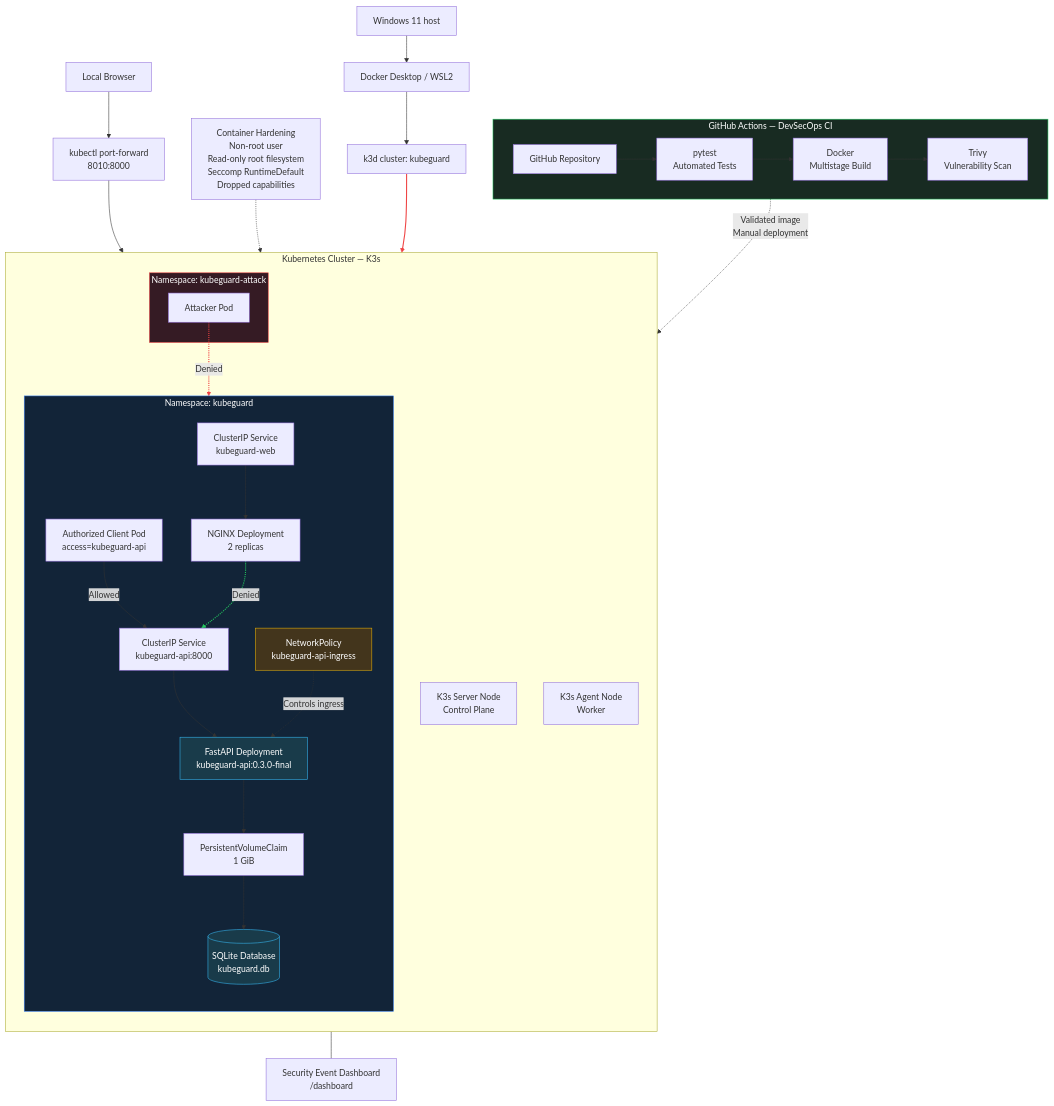
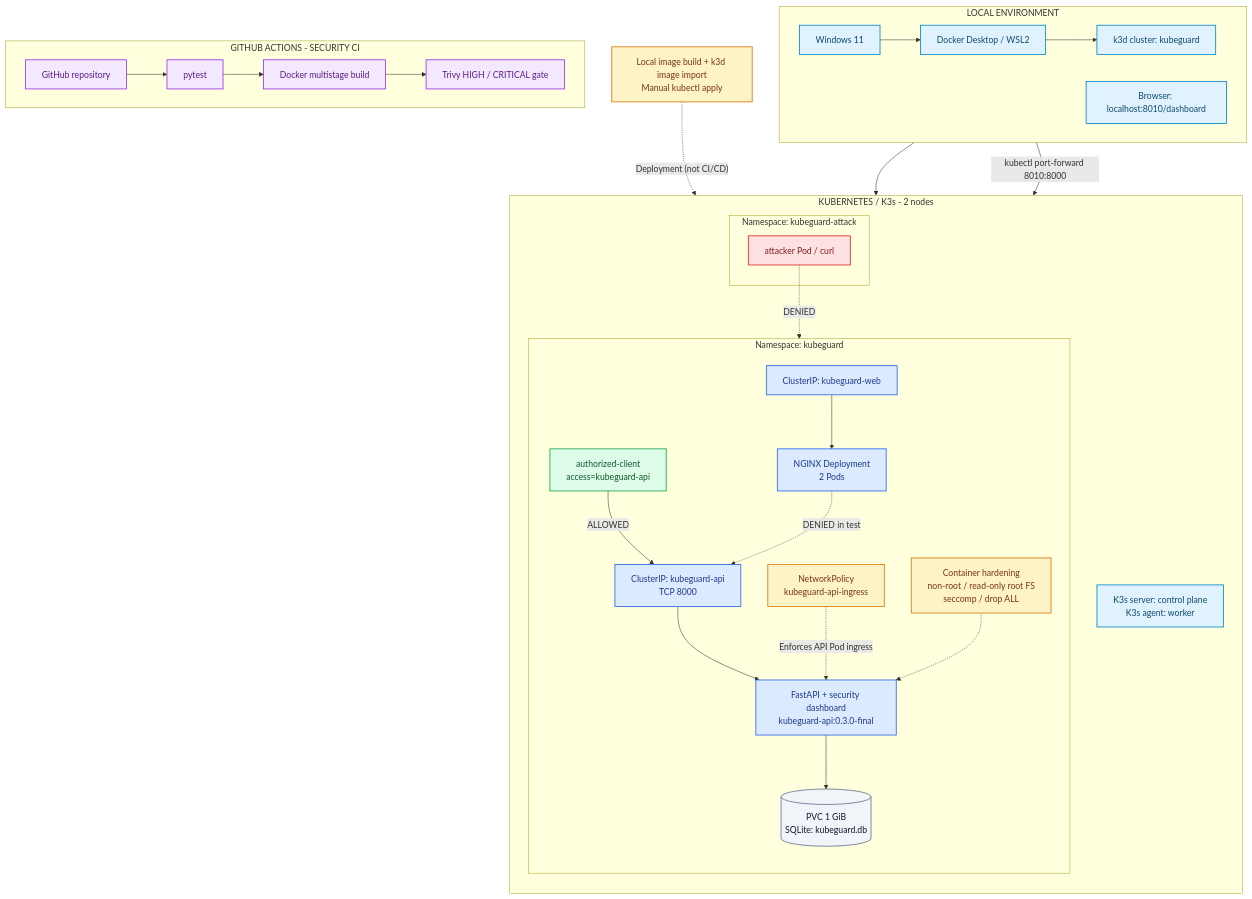
One commit to kangu8/KubeGuard changed the second of 2 diagrams in README.md. Above: the diagram before and after it, drawn with Mermaid. The commit also changed other lines of this file, not shown here.

Commit message:
Revise KubeGuard architecture diagram in README
Updated the final architecture diagram for KubeGuard to reflect the completed local Kubernetes and DevSecOps laboratory setup, including GitHub Actions validation and manual deployment processes.

````diff
--- a/README.md
+++ b/README.md
@@ -303,78 +369,60 @@
 ```mermaid
 flowchart TB
-    %% Host infrastructure
-    W["Windows 11 host"] --> D["Docker Desktop / WSL2"]
-    D --> K["k3d cluster: kubeguard"]
+    subgraph HOST["LOCAL ENVIRONMENT"]
+        direction LR
+        WIN["Windows 11"] --> DOCKER["Docker Desktop / WSL2"]
+        DOCKER --> K3D["k3d cluster: kubeguard"]
+        BROWSER["Browser: localhost:8010/dashboard"]
+    end
 
-    %% Kubernetes cluster
-    subgraph K8S["Kubernetes Cluster — K3s"]
+    subgraph K8S["KUBERNETES / K3s - 2 nodes"]
         direction TB
+        NODES["K3s server: control plane<br/>K3s agent: worker"]
 
-        S["K3s Server Node<br/>Control Plane"]
-        A["K3s Agent Node<br/>Worker"]
+        subgraph APP["Namespace: kubeguard"]
+            direction TB
+            WEB_SVC["ClusterIP: kubeguard-web"] --> WEB["NGINX Deployment<br/>2 Pods"]
+            API_SVC["ClusterIP: kubeguard-api<br/>TCP 8000"] --> API["FastAPI + security dashboard<br/>kubeguard-api:0.3.0-final"]
+            API --> PVC[("PVC 1 GiB<br/>SQLite: kubeguard.db")]
 
-        subgraph NS1["Namespace: kubeguard"]
-            direction TB
-
-            WEB["NGINX Deployment<br/>2 replicas"]
-            WSVC["ClusterIP Service<br/>kubeguard-web"]
-            WSVC --> WEB
-
-            ASVC["ClusterIP Service<br/>kubeguard-api:8000"]
-            API["FastAPI Deployment<br/>kubeguard-api:0.3.0-final"]
-            ASVC --> API
-
-            PVC["PersistentVolumeClaim<br/>1 GiB"]
-            DB[("SQLite Database<br/>kubeguard.db")]
-            API --> PVC --> DB
-
-            NP["NetworkPolicy<br/>kubeguard-api-ingress"]
-            NP -.->|"Controls ingress"| API
-
-            AUTH["Authorized Client Pod<br/>access=kubeguard-api"]
-            AUTH -->|"Allowed"| ASVC
-
-            WEB -.->|"Denied"| ASVC
+            POLICY["NetworkPolicy<br/>kubeguard-api-ingress"] -.->|"Enforces API Pod ingress"| API
+            HARDEN["Container hardening<br/>non-root / read-only root FS<br/>seccomp / drop ALL"] -.-> API
+            CLIENT["authorized-client<br/>access=kubeguard-api"] -->|"ALLOWED"| API_SVC
+            WEB -.->|"DENIED in test"| API_SVC
         end
 
-        subgraph NS2["Namespace: kubeguard-attack"]
-            ATK["Attacker Pod"]
+        subgraph ATTACK["Namespace: kubeguard-attack"]
+            ATTACKER["attacker Pod / curl"]
         end
 
-        ATK -.->|"Denied"| ASVC
+        ATTACKER -.->|"DENIED"| API_SVC
     end
 
-    K --> K8S
+    K3D --> NODES
+    BROWSER -->|"kubectl port-forward 8010:8000"| API_SVC
 
-    %% Local access
-    B["Local Browser"] --> PF["kubectl port-forward<br/>8010:8000"]
-    PF --> ASVC
-    DASH["Security Event Dashboard<br/>/dashboard"]
-    API --- DASH
-
-    %% Security hardening
-    SEC["Container Hardening<br/>Non-root user<br/>Read-only root filesystem<br/>Seccomp RuntimeDefault<br/>Dropped capabilities"]
-    SEC -.-> API
-
-    %% CI / DevSecOps pipeline
-    subgraph CI["GitHub Actions — DevSecOps CI"]
+    subgraph CI["GITHUB ACTIONS - SECURITY CI"]
         direction LR
-        GH["GitHub Repository"] --> TEST["pytest<br/>Automated Tests"]
-        TEST --> BUILD["Docker<br/>Multistage Build"]
-        BUILD --> TRIVY["Trivy<br/>Vulnerability Scan"]
+        REPO["GitHub repository"] --> TESTS["pytest"]
+        TESTS --> BUILD["Docker multistage build"]
+        BUILD --> TRIVY["Trivy HIGH / CRITICAL gate"]
     end
 
-    TRIVY -.->|"Validated image<br/>Manual deployment"| API
+    MANUAL["Local image build + k3d image import<br/>Manual kubectl apply"] -.->|"Deployment (not CI/CD)"| API
 
-    %% Traffic colors
-    linkStyle 8 stroke:#22c55e,stroke-width:2px
-    linkStyle 9 stroke:#ef4444,stroke-width:2px
-    linkStyle 10 stroke:#ef4444,stroke-width:2px
+    classDef infrastructure fill:#e0f2fe,stroke:#0284c7,color:#0c4a6e,stroke-width:1.5px
+    classDef application fill:#dbeafe,stroke:#2563eb,color:#1e3a8a,stroke-width:1.5px
+    classDef storage fill:#f1f5f9,stroke:#64748b,color:#0f172a,stroke-width:1.5px
+    classDef security fill:#fef3c7,stroke:#d97706,color:#78350f,stroke-width:1.5px
+    classDef allow fill:#dcfce7,stroke:#16a34a,color:#14532d,stroke-width:1.5px
+    classDef deny fill:#fee2e2,stroke:#dc2626,color:#7f1d1d,stroke-width:1.5px
+    classDef pipeline fill:#f3e8ff,stroke:#9333ea,color:#581c87,stroke-width:1.5px
 
-    style NS1 fill:#122438,stroke:#3b82f6,color:#ffffff
-    style NS2 fill:#351b24,stroke:#ef4444,color:#ffffff
-    style CI fill:#182b22,stroke:#22c55e,color:#ffffff
-    style NP fill:#43351c,stroke:#eab308,color:#ffffff
-    style API fill:#193b4a,stroke:#38bdf8,color:#ffffff
-    style DB fill:#193b4a,stroke:#38bdf8,color:#ffffff
+    class WIN,DOCKER,K3D,BROWSER,NODES infrastructure
+    class WEB_SVC,WEB,API_SVC,API application
+    class PVC storage
+    class POLICY,HARDEN,MANUAL security
+    class CLIENT allow
+    class ATTACKER deny
+    class REPO,TESTS,BUILD,TRIVY pipeline
 ```
````
